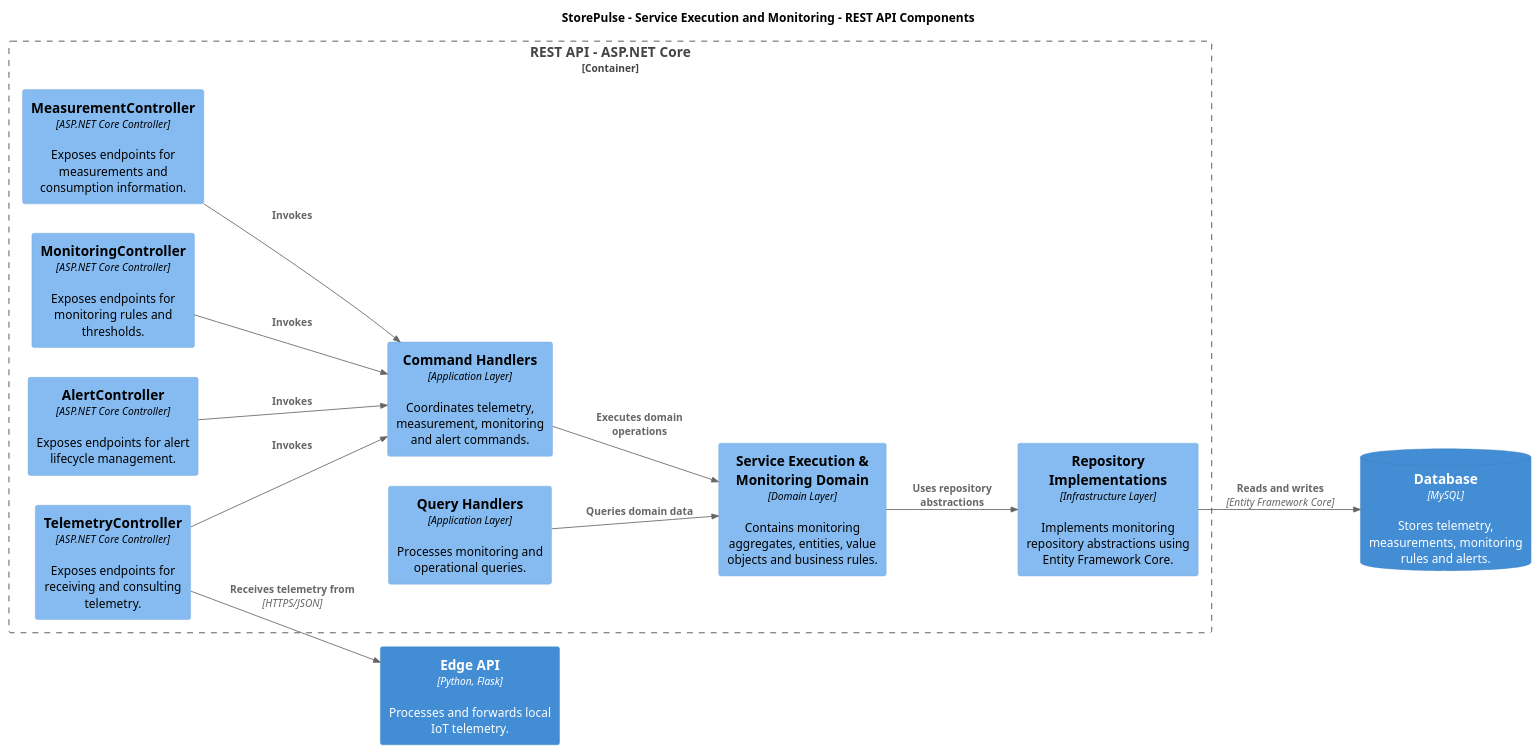
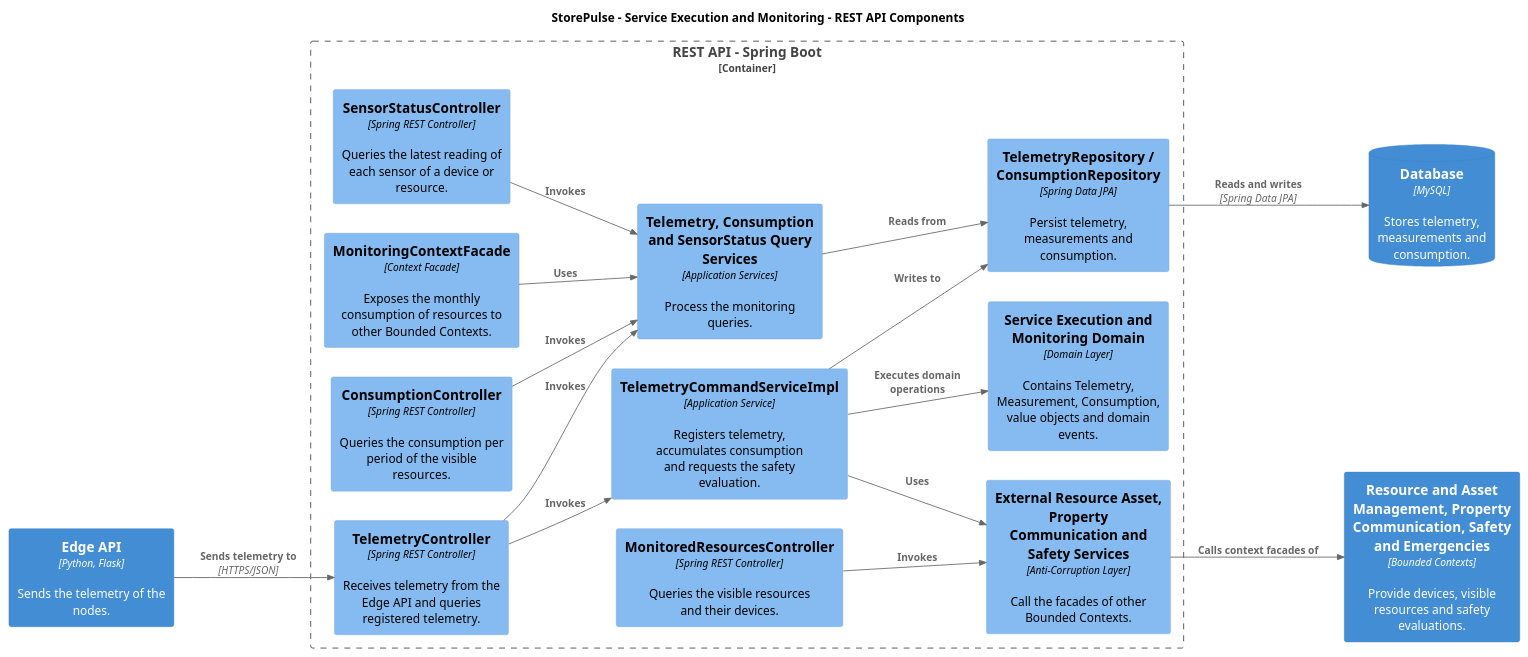
One commit to VanguardTechIot/storepulse-report changed the diagram in assets/architecture/service-execution-monitoring/03-service-monitoring-rest-api-component.puml. Above: the diagram before and after it, drawn with PlantUML. The commit also changed 6 other files, not shown here.

Commit message:
docs(monitoring): update service execution and monitoring section

```diff
--- a/assets/architecture/service-execution-monitoring/03-service-monitoring-rest-api-component.puml
+++ b/assets/architecture/service-execution-monitoring/03-service-monitoring-rest-api-component.puml
@@ -1,53 +1,67 @@
 @startuml storepulse-service-monitoring-rest-api-component
 
 !include https://raw.githubusercontent.com/plantuml-stdlib/C4-PlantUML/master/C4_Component.puml
 
 LAYOUT_LEFT_RIGHT()
 HIDE_STEREOTYPE()
 skinparam shadowing false
 skinparam defaultFontName Arial
 
 title StorePulse - Service Execution and Monitoring - REST API Components
 
-Container_Boundary(restApi, "REST API - ASP.NET Core") {
+Container_Boundary(restApi, "REST API - Spring Boot") {
 
-    Component(telemetryController, "TelemetryController", "ASP.NET Core Controller", "Exposes endpoints for receiving and consulting telemetry.")
+    Component(telemetryController, "TelemetryController", "Spring REST Controller", "Receives telemetry from the Edge API and queries registered telemetry.")
 
-    Component(measurementController, "MeasurementController", "ASP.NET Core Controller", "Exposes endpoints for measurements and consumption information.")
+    Component(consumptionController, "ConsumptionController", "Spring REST Controller", "Queries the consumption per period of the visible resources.")
 
-    Component(monitoringController, "MonitoringController", "ASP.NET Core Controller", "Exposes endpoints for monitoring rules and thresholds.")
+    Component(sensorStatusController, "SensorStatusController", "Spring REST Controller", "Queries the latest reading of each sensor of a device or resource.")
 
-    Component(alertController, "AlertController", "ASP.NET Core Controller", "Exposes endpoints for alert lifecycle management.")
+    Component(monitoredResourcesController, "MonitoredResourcesController", "Spring REST Controller", "Queries the visible resources and their devices.")
 
-    Component(commandHandlers, "Command Handlers", "Application Layer", "Coordinates telemetry, measurement, monitoring and alert commands.")
+    Component(commandServices, "TelemetryCommandServiceImpl", "Application Service", "Registers telemetry, accumulates consumption and requests the safety evaluation.")
 
-    Component(queryHandlers, "Query Handlers", "Application Layer", "Processes monitoring and operational queries.")
+    Component(queryServices, "Telemetry, Consumption and SensorStatus Query Services", "Application Services", "Process the monitoring queries.")
 
-    Component(domainModel, "Service Execution & Monitoring Domain", "Domain Layer", "Contains monitoring aggregates, entities, value objects and business rules.")
+    Component(outboundServices, "External Resource Asset, Property Communication and Safety Services", "Anti-Corruption Layer", "Call the facades of other Bounded Contexts.")
 
-    Component(repositoryImplementations, "Repository Implementations", "Infrastructure Layer", "Implements monitoring repository abstractions using Entity Framework Core.")
+    Component(monitoringFacade, "MonitoringContextFacade", "Context Facade", "Exposes the monthly consumption of resources to other Bounded Contexts.")
+
+    Component(domainModel, "Service Execution and Monitoring Domain", "Domain Layer", "Contains Telemetry, Measurement, Consumption, value objects and domain events.")
+
+    Component(repositories, "TelemetryRepository / ConsumptionRepository", "Spring Data JPA", "Persist telemetry, measurements and consumption.")
 }
 
-ContainerDb(database, "Database", "MySQL", "Stores telemetry, measurements, monitoring rules and alerts.")
+ContainerDb(database, "Database", "MySQL", "Stores telemetry, measurements and consumption.")
 
-Container(edgeApi, "Edge API", "Python, Flask", "Processes and forwards local IoT telemetry.")
+Container(edgeApi, "Edge API", "Python, Flask", "Sends the telemetry of the nodes.")
 
-Rel(telemetryController, commandHandlers, "Invokes")
+Container(otherContexts, "Resource and Asset Management, Property Communication, Safety and Emergencies", "Bounded Contexts", "Provide devices, visible resources and safety evaluations.")
 
-Rel(measurementController, commandHandlers, "Invokes")
+Rel(edgeApi, telemetryController, "Sends telemetry to", "HTTPS/JSON")
 
-Rel(monitoringController, commandHandlers, "Invokes")
+Rel(telemetryController, commandServices, "Invokes")
 
-Rel(alertController, commandHandlers, "Invokes")
+Rel(telemetryController, queryServices, "Invokes")
 
-Rel(commandHandlers, domainModel, "Executes domain operations")
+Rel(consumptionController, queryServices, "Invokes")
 
-Rel(queryHandlers, domainModel, "Queries domain data")
+Rel(sensorStatusController, queryServices, "Invokes")
 
-Rel(domainModel, repositoryImplementations, "Uses repository abstractions")
+Rel(monitoredResourcesController, outboundServices, "Invokes")
 
-Rel(repositoryImplementations, database, "Reads and writes", "Entity Framework Core")
+Rel(commandServices, domainModel, "Executes domain operations")
 
-Rel(telemetryController, edgeApi, "Receives telemetry from", "HTTPS/JSON")
+Rel(commandServices, outboundServices, "Uses")
+
+Rel(queryServices, repositories, "Reads from")
+
+Rel(commandServices, repositories, "Writes to")
+
+Rel(monitoringFacade, queryServices, "Uses")
+
+Rel(outboundServices, otherContexts, "Calls context facades of")
+
+Rel(repositories, database, "Reads and writes", "Spring Data JPA")
 
 @enduml
```
